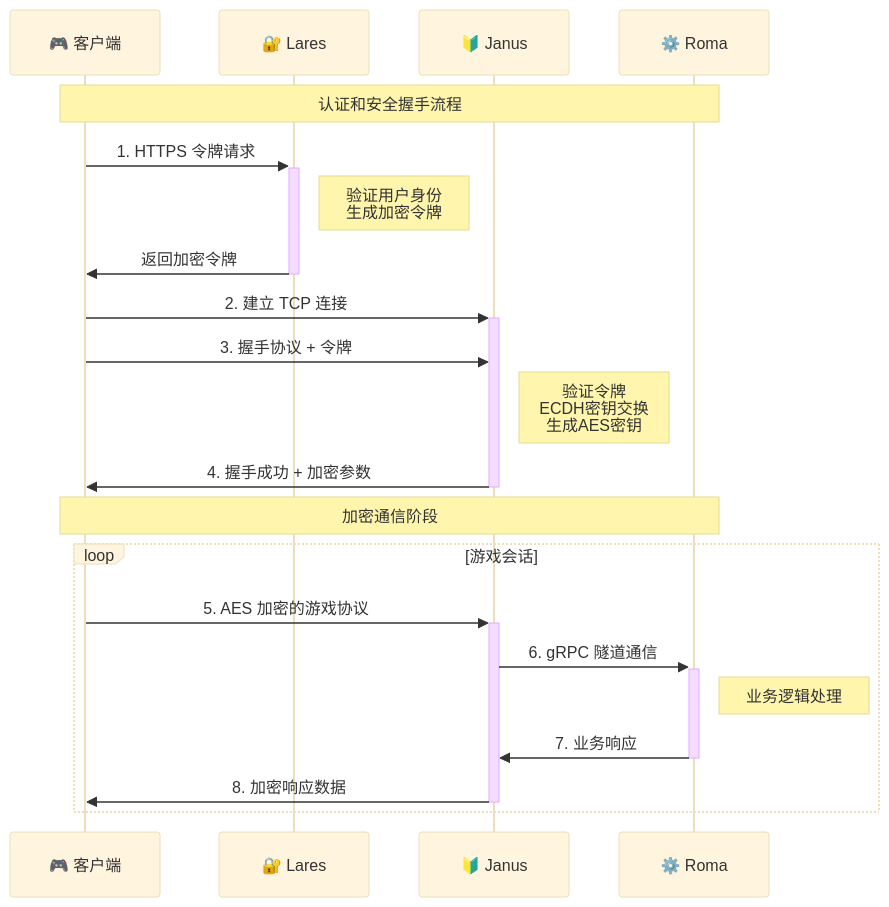
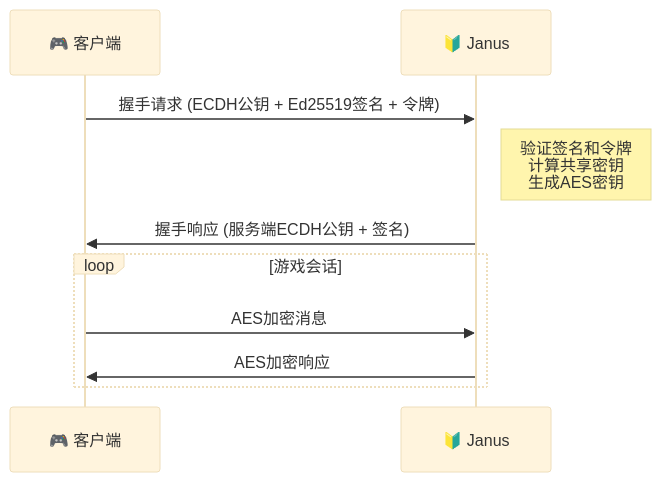
The second of 2 diagrams in README-zh.md (go-pantheon/janus), drawn with Mermaid (base theme) before and after one commit. The commit also changed other lines of this file and 4 other files, not shown here.

````diff
--- a/README-zh.md
+++ b/README-zh.md
@@ -176,30 +126,14 @@
 ```mermaid
 sequenceDiagram
     participant C as 🎮 客户端
-    participant L as 🔐 Lares
     participant J as 🔰 Janus
-    participant R as ⚙️ Roma
 
-    Note over C,R: 认证和安全握手流程
-
-    C->>+L: 1. HTTPS 令牌请求
-    Note right of L: 验证用户身份<br/>生成加密令牌
-    L->>-C: 返回加密令牌
-
-    C->>+J: 2. 建立 TCP 连接
-    C->>J: 3. 握手协议 + 令牌
-
-    Note right of J: 验证令牌<br/>ECDH密钥交换<br/>生成AES密钥
-
-    J->>-C: 4. 握手成功 + 加密参数
-
-    Note over C,R: 加密通信阶段
+    C->>J: 握手请求 (ECDH公钥 + Ed25519签名 + 令牌)
+    Note right of J: 验证签名和令牌<br/>计算共享密钥<br/>生成AES密钥
+    J->>C: 握手响应 (服务端ECDH公钥 + 签名)
 
     loop 游戏会话
-        C->>+J: 5. AES 加密的游戏协议
-        J->>+R: 6. gRPC 隧道通信
-        Note right of R: 业务逻辑处理
-        R->>-J: 7. 业务响应
-        J->>-C: 8. 加密响应数据
+        C->>J: AES加密消息
+        J->>C: AES加密响应
     end
 ```
````
